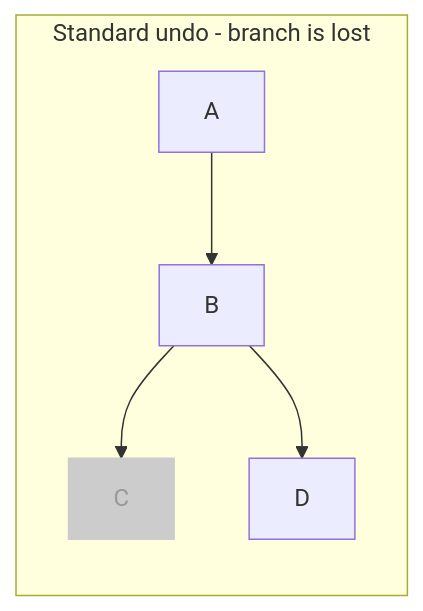
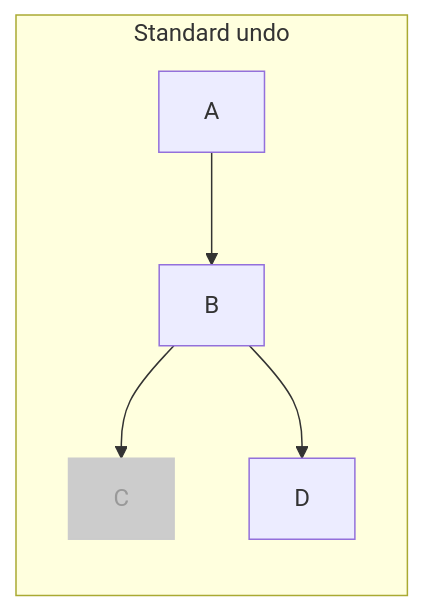
The second of 6 diagrams in README.md (mmiyaji/vscode-undotree), drawn with Mermaid before and after one commit. The commit also changed other lines of this file and 10 other files, not shown here.

````diff
--- a/README.md
+++ b/README.md
@@ -99,9 +161,9 @@
 ```mermaid
 graph LR
-  subgraph Standard undo - branch is lost
-    A1[A] --> B1[B] --> C1[C]
-    B1 --> D1[D]
+  subgraph "Standard undo"
+    A1["A"] --> B1["B"] --> C1["C"]
+    B1 --> D1["D"]
+    classDef lost fill:#ccc,color:#999,stroke:#ccc
     C1:::lost
-    classDef lost fill:#ccc,color:#999,stroke:#ccc
   end
 ```
````
